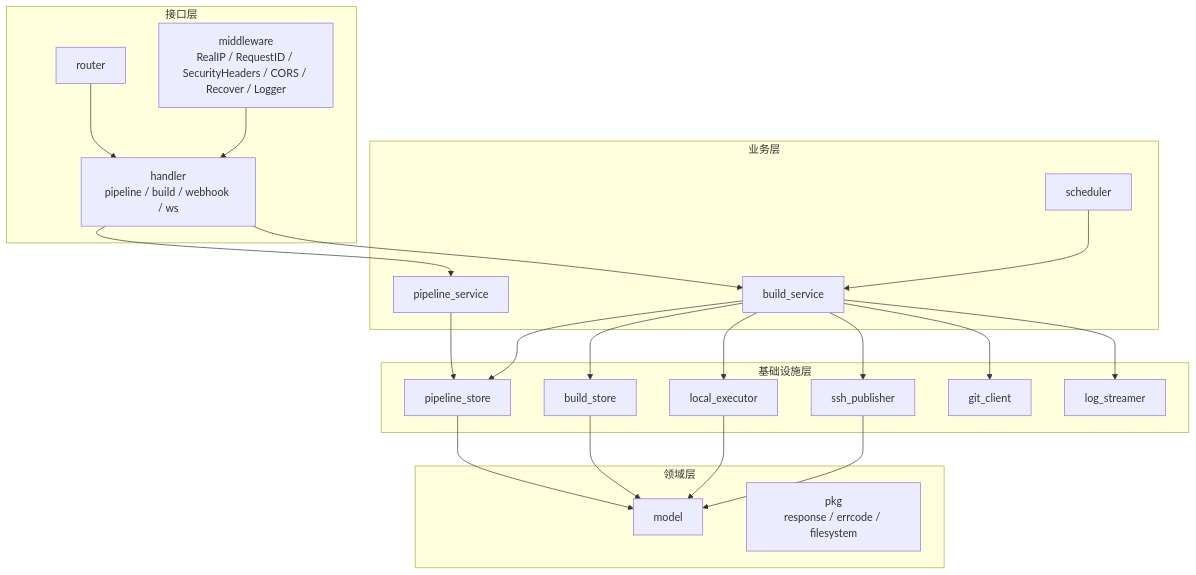
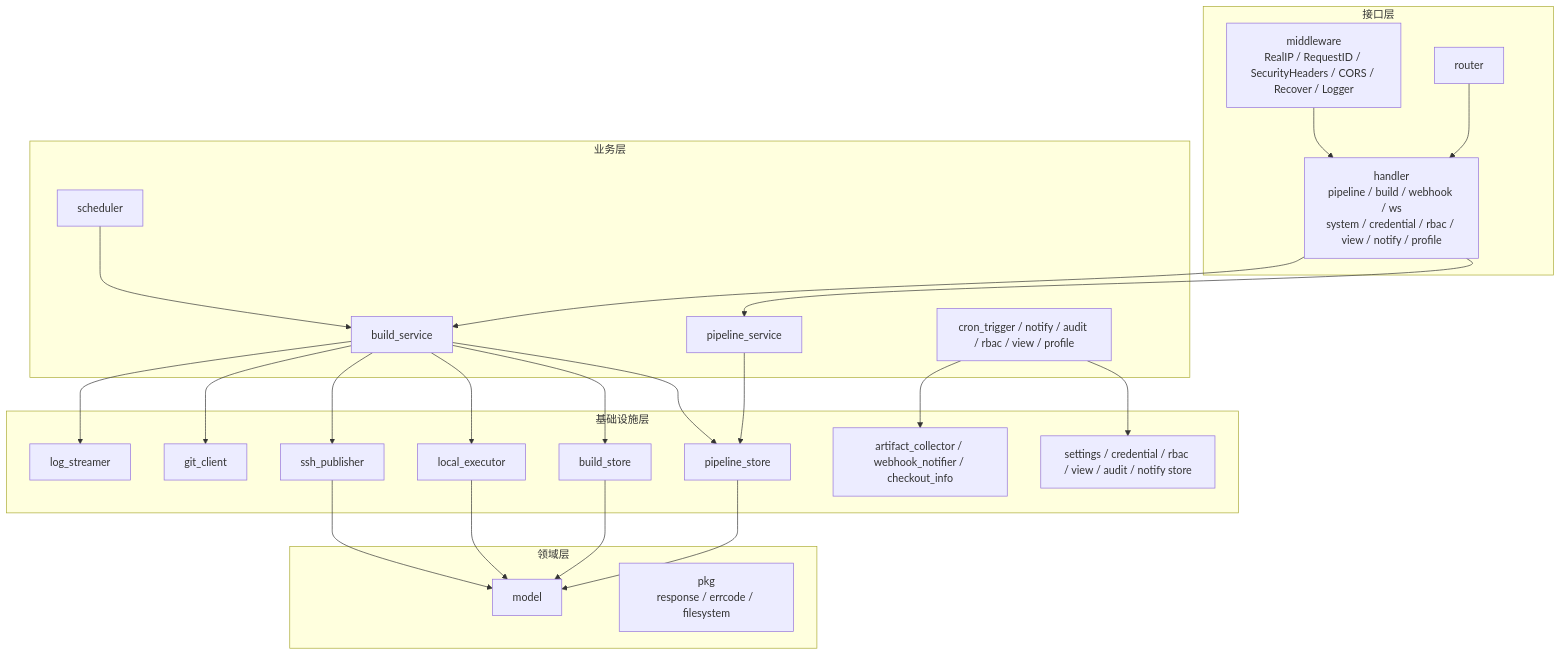
Before and after one commit to lb831105/ci-platform: the first of 6 diagrams in DESIGN.md, drawn with Mermaid. The commit also changed other lines of this file and 1 other file, not shown here.

````diff
--- a/DESIGN.md
+++ b/DESIGN.md
@@ -43,42 +46,47 @@
 ```mermaid
 flowchart TB
     subgraph L1["接口层"]
-        H1[handler<br/>pipeline / build / webhook / ws]
+        H1[handler<br/>pipeline / build / webhook / ws<br/>system / credential / rbac / view / notify / profile]
         MW[middleware<br/>RealIP / RequestID / SecurityHeaders / CORS / Recover / Logger]
         RT[router]
     end
     subgraph L2["业务层"]
         S1[pipeline_service]
         S2[build_service]
         S3[scheduler]
+        S4[cron_trigger / notify / audit / rbac / view / profile]
     end
     subgraph L3["基础设施层"]
         ST1[pipeline_store]
         ST2[build_store]
+        ST3[settings / credential / rbac / view / audit / notify store]
         EX1[local_executor]
         EX2[ssh_publisher]
         EX3[git_client]
         EX4[log_streamer]
+        EX5[artifact_collector / webhook_notifier / checkout_info]
     end
     subgraph L4["领域层"]
         M1[model]
         P1[pkg<br/>response / errcode / filesystem]
     end
 
     H1 --> S1
     H1 --> S2
     RT --> H1
     MW --> H1
     S1 --> ST1
     S2 --> ST1
     S2 --> ST2
     S2 --> EX1
     S2 --> EX2
     S2 --> EX3
     S2 --> EX4
     S3 --> S2
+    S4 --> ST3
+    S4 --> EX5
     ST1 --> M1
     ST2 --> M1
     EX1 --> M1
     EX2 --> M1
 ```
````
